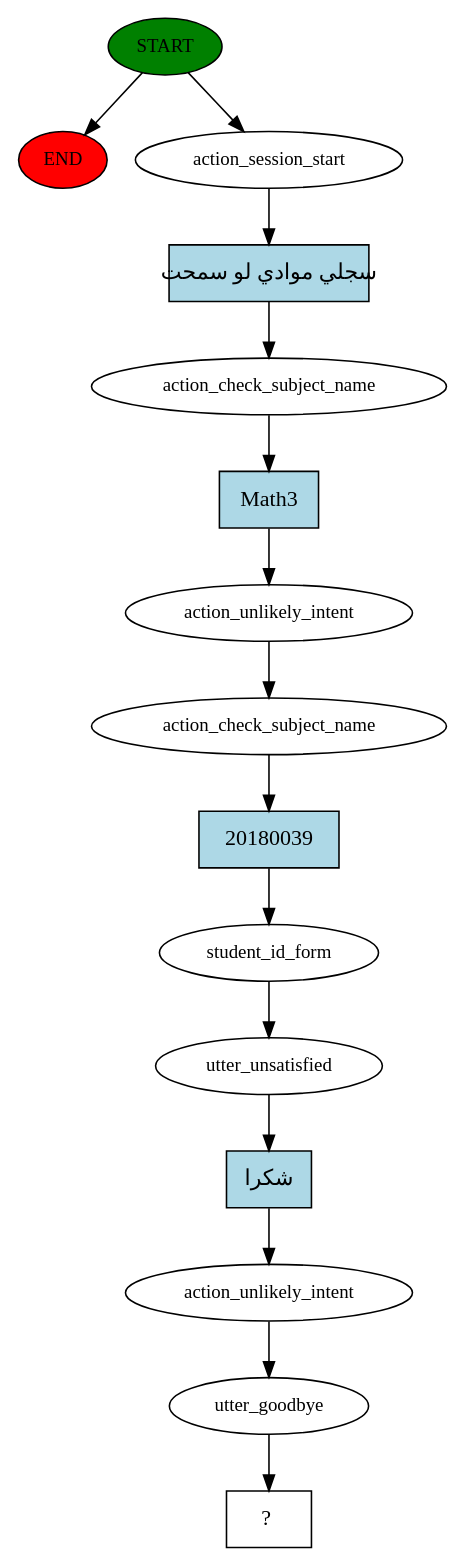
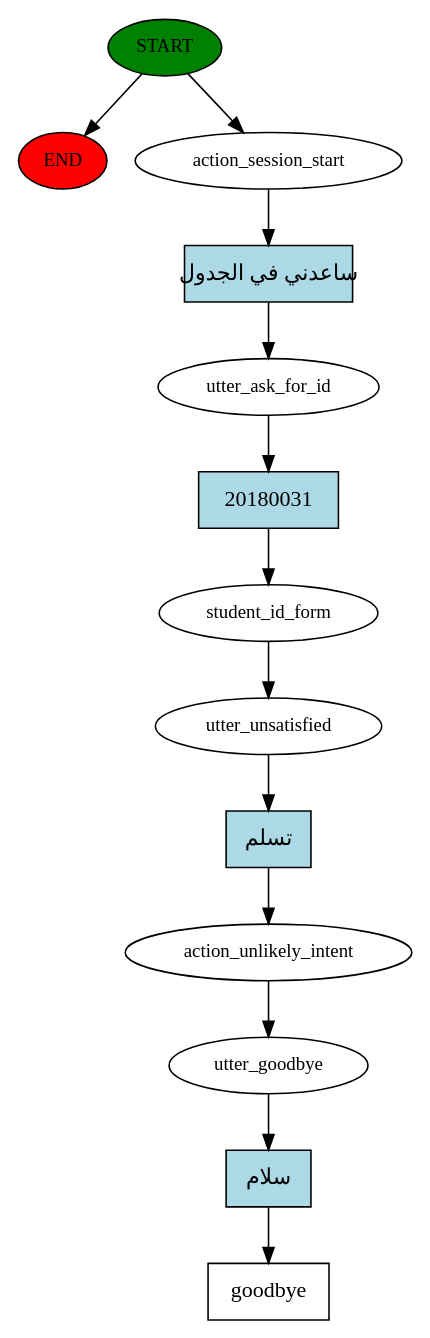
The diagram in story_graph.dot (skawy/Arabic-Conversational-Assistant), drawn with Graphviz before and after one commit. The commit also changed 3 other files, not shown here.

```diff
--- a/story_graph.dot
+++ b/story_graph.dot
@@ -1,31 +1,27 @@
 digraph  {
 0 [class="start active", fillcolor=green, fontsize=12, label=START, style=filled];
 "-1" [class=end, fillcolor=red, fontsize=12, label=END, style=filled];
 1 [class=active, fontsize=12, label=action_session_start];
-2 [class=active, fontsize=12, label=action_check_subject_name];
-3 [class=active, fontsize=12, label=action_unlikely_intent];
-4 [class=active, fontsize=12, label=action_check_subject_name];
-5 [class=active, fontsize=12, label=student_id_form];
-6 [class=active, fontsize=12, label=utter_unsatisfied];
-7 [class=active, fontsize=12, label=action_unlikely_intent];
-8 [class=active, fontsize=12, label=utter_goodbye];
-9 [class="intent dashed active", label="  ?  ", shape=rect];
-10 [class="intent active", fillcolor=lightblue, label="سجلي موادي لو سمحت", shape=rect, style=filled];
-11 [class="intent active", fillcolor=lightblue, label=Math3, shape=rect, style=filled];
-12 [class="intent active", fillcolor=lightblue, label=20180039, shape=rect, style=filled];
-13 [class="intent active", fillcolor=lightblue, label="شكرا", shape=rect, style=filled];
+2 [class=active, fontsize=12, label=utter_ask_for_id];
+3 [class=active, fontsize=12, label=student_id_form];
+4 [class=active, fontsize=12, label=utter_unsatisfied];
+5 [class=active, fontsize=12, label=action_unlikely_intent];
+6 [class=active, fontsize=12, label=utter_goodbye];
+7 [class="intent dashed active", label=goodbye, shape=rect];
+8 [class="intent active", fillcolor=lightblue, label="ساعدني في الجدول", shape=rect, style=filled];
+9 [class="intent active", fillcolor=lightblue, label=20180031, shape=rect, style=filled];
+10 [class="intent active", fillcolor=lightblue, label="تسلم", shape=rect, style=filled];
+11 [class="intent active", fillcolor=lightblue, label="سلام", shape=rect, style=filled];
 0 -> "-1"  [class="", key=NONE, label=""];
 0 -> 1  [class=active, key=NONE, label=""];
-1 -> 10  [class=active, key=0];
-2 -> 11  [class=active, key=0];
+1 -> 8  [class=active, key=0];
+2 -> 9  [class=active, key=0];
 3 -> 4  [class=active, key=NONE, label=""];
-4 -> 12  [class=active, key=0];
+4 -> 10  [class=active, key=0];
 5 -> 6  [class=active, key=NONE, label=""];
-6 -> 13  [class=active, key=0];
-7 -> 8  [class=active, key=NONE, label=""];
-8 -> 9  [class=active, key=NONE, label=""];
-10 -> 2  [class=active, key=0];
-11 -> 3  [class=active, key=0];
-12 -> 5  [class=active, key=0];
-13 -> 7  [class=active, key=0];
+6 -> 11  [class=active, key=0];
+8 -> 2  [class=active, key=0];
+9 -> 3  [class=active, key=0];
+10 -> 5  [class=active, key=0];
+11 -> 7  [class=active, key=0];
 }
```
